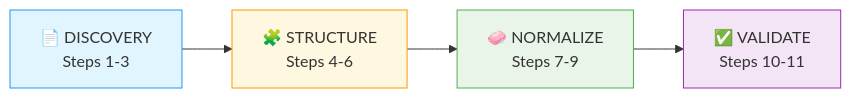
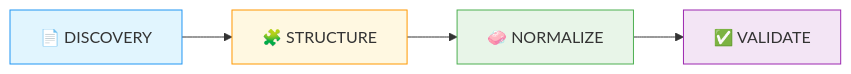
One commit to uniqueumamaheswari-universe/SQLVerse changed the third of 4 diagrams in Level-1-beginner/Module4-JoiningTables/4-exerciseAndQuizSolutions/6-capstone-solutions/1-MODULE4-CTO-REPORT-SOLUTIONS.md. Above: the diagram before and after it, drawn with Mermaid. The commit also changed other lines of this file and 4 other files, not shown here.

````diff
--- a/Level-1-beginner/Module4-JoiningTables/4-exerciseAndQuizSolutions/6-capstone-solutions/1-MODULE4-CTO-REPORT-SOLUTIONS.md
+++ b/Level-1-beginner/Module4-JoiningTables/4-exerciseAndQuizSolutions/6-capstone-solutions/1-MODULE4-CTO-REPORT-SOLUTIONS.md
@@ -61,11 +508,9 @@
 ```mermaid
 flowchart LR
-    A["📄 DISCOVERY<br/>Steps 1-3"] --> B["🧩 STRUCTURE<br/>Steps 4-6"]
-    B --> C["🧼 NORMALIZE<br/>Steps 7-9"]
-    C --> D["✅ VALIDATE<br/>Steps 10-11"]
+    A["📄 DISCOVERY"] --> B["🧩 STRUCTURE"] --> C["🧼 NORMALIZE"] --> D["✅ VALIDATE"]
     
     style A fill:#e1f5fe,stroke:#2196f3
     style B fill:#fff8e1,stroke:#ff9800
     style C fill:#e8f5e8,stroke:#4caf50
     style D fill:#f3e5f5,stroke:#9c27b0
 ```
````
